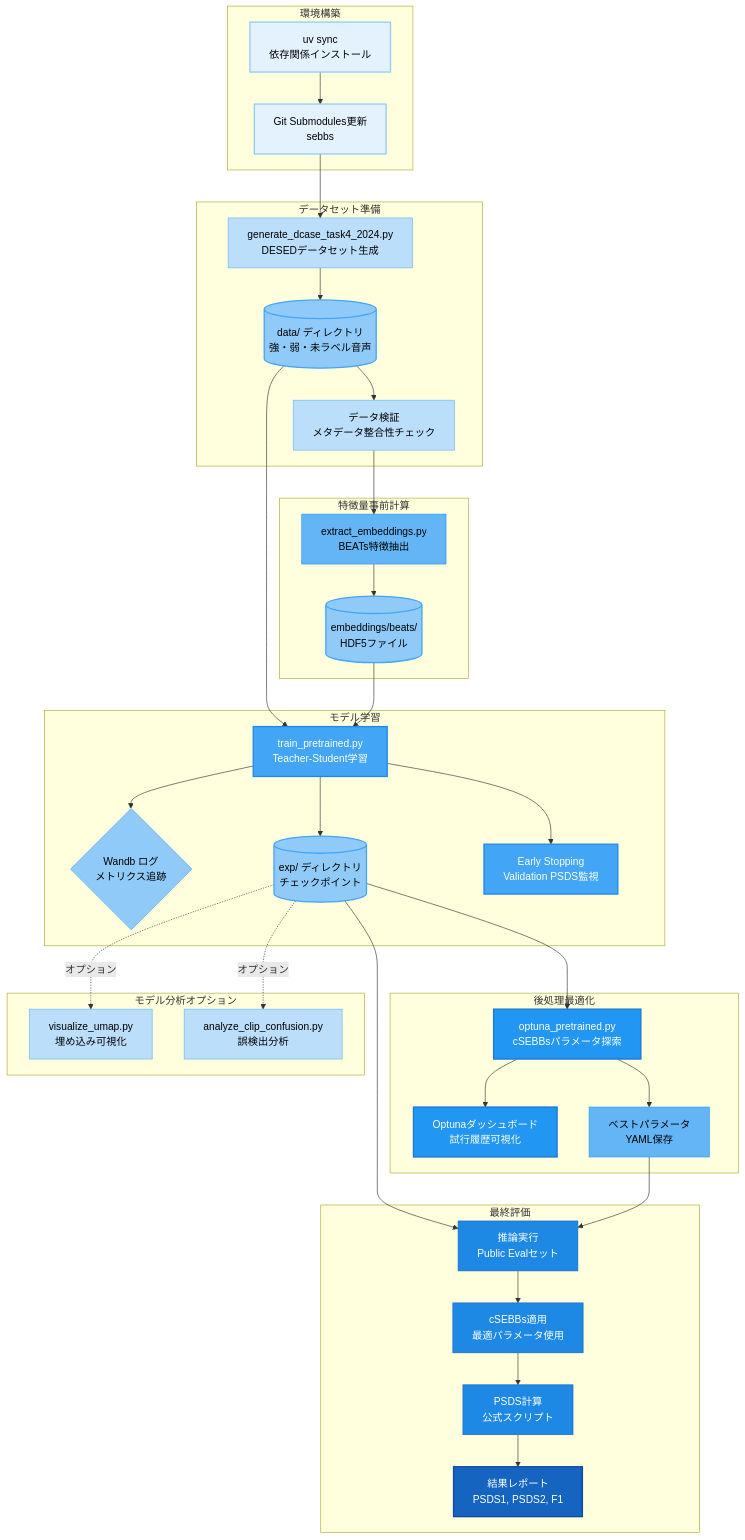
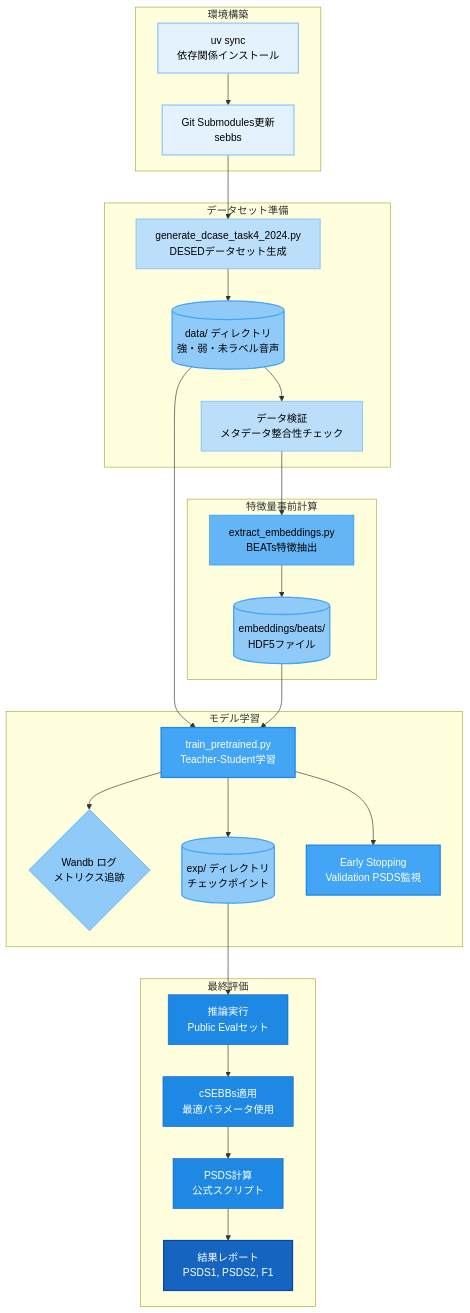
One commit to custard-1855/dcase_base changed the fourth of 4 diagrams in .kiro/steering/dcase2024-implementation-ja.md. Above: the diagram before and after it, drawn with Mermaid. The commit also changed other lines of this file and 14 other files, not shown here.

````diff
--- a/.kiro/steering/dcase2024-implementation-ja.md
+++ b/.kiro/steering/dcase2024-implementation-ja.md
@@ -415,80 +395,62 @@
 ```mermaid
 graph TB
     subgraph 環境構築
         E1[uv sync<br/>依存関係インストール]:::setup
         E2[Git Submodules更新<br/>sebbs]:::setup
     end
 
     subgraph データセット準備
         DS1[generate_dcase_task4_2024.py<br/>DESEDデータセット生成]:::data
         DS2[(data/ ディレクトリ<br/>強・弱・未ラベル音声)]:::storage
         DS3[データ検証<br/>メタデータ整合性チェック]:::data
     end
 
     subgraph 特徴量事前計算
         FE1[extract_embeddings.py<br/>BEATs特徴抽出]:::extract
         FE2[(embeddings/beats/<br/>HDF5ファイル)]:::storage
     end
 
     subgraph モデル学習
         TR1[train_pretrained.py<br/>Teacher-Student学習]:::train
         TR2{Wandb ログ<br/>メトリクス追跡}:::wandb
         TR3[(exp/ ディレクトリ<br/>チェックポイント)]:::storage
         TR4[Early Stopping<br/>Validation PSDS監視]:::train
     end
 
-    subgraph 後処理最適化
-        OPT1[optuna_pretrained.py<br/>cSEBBsパラメータ探索]:::optuna
-        OPT2[Optunaダッシュボード<br/>試行履歴可視化]:::optuna
-        OPT3[ベストパラメータ<br/>YAML保存]:::config
-    end
-
     subgraph 最終評価
         EV1[推論実行<br/>Public Evalセット]:::eval
         EV2[cSEBBs適用<br/>最適パラメータ使用]:::eval
         EV3[PSDS計算<br/>公式スクリプト]:::eval
         EV4[結果レポート<br/>PSDS1, PSDS2, F1]:::result
-    end
-
-    subgraph モデル分析オプション
-        AN1[visualize_umap.py<br/>埋め込み可視化]:::analysis
-        AN2[analyze_clip_confusion.py<br/>誤検出分析]:::analysis
     end
 
     E1 --> E2
     E2 --> DS1
     DS1 --> DS2
     DS2 --> DS3
 
     DS3 --> FE1
     FE1 --> FE2
 
     DS2 & FE2 --> TR1
     TR1 --> TR2
     TR1 --> TR3
     TR1 --> TR4
 
-    TR3 --> OPT1
-    OPT1 --> OPT2
-    OPT1 --> OPT3
-
-    TR3 & OPT3 --> EV1
+    TR3 --> EV1
     EV1 --> EV2
     EV2 --> EV3
     EV3 --> EV4
-
-    TR3 -.->|オプション| AN1
-    TR3 -.->|オプション| AN2
 
     classDef setup fill:#E3F2FD,stroke:#90CAF9,color:#000,stroke-width:2px
     classDef data fill:#BBDEFB,stroke:#64B5F6,color:#000
     classDef storage fill:#90CAF9,stroke:#42A5F5,color:#000,stroke-width:2px
     classDef extract fill:#64B5F6,stroke:#2196F3,color:#000
     classDef train fill:#42A5F5,stroke:#1E88E5,color:#fff,stroke-width:2px
     classDef wandb fill:#90CAF9,stroke:#42A5F5,color:#000
     classDef optuna fill:#2196F3,stroke:#1976D2,color:#fff,stroke-width:2px
     classDef config fill:#64B5F6,stroke:#2196F3,color:#000
     classDef eval fill:#1E88E5,stroke:#1565C0,color:#fff
     classDef result fill:#1565C0,stroke:#0D47A1,color:#fff,stroke-width:2px
     classDef analysis fill:#BBDEFB,stroke:#64B5F6,color:#000
 ```
````
